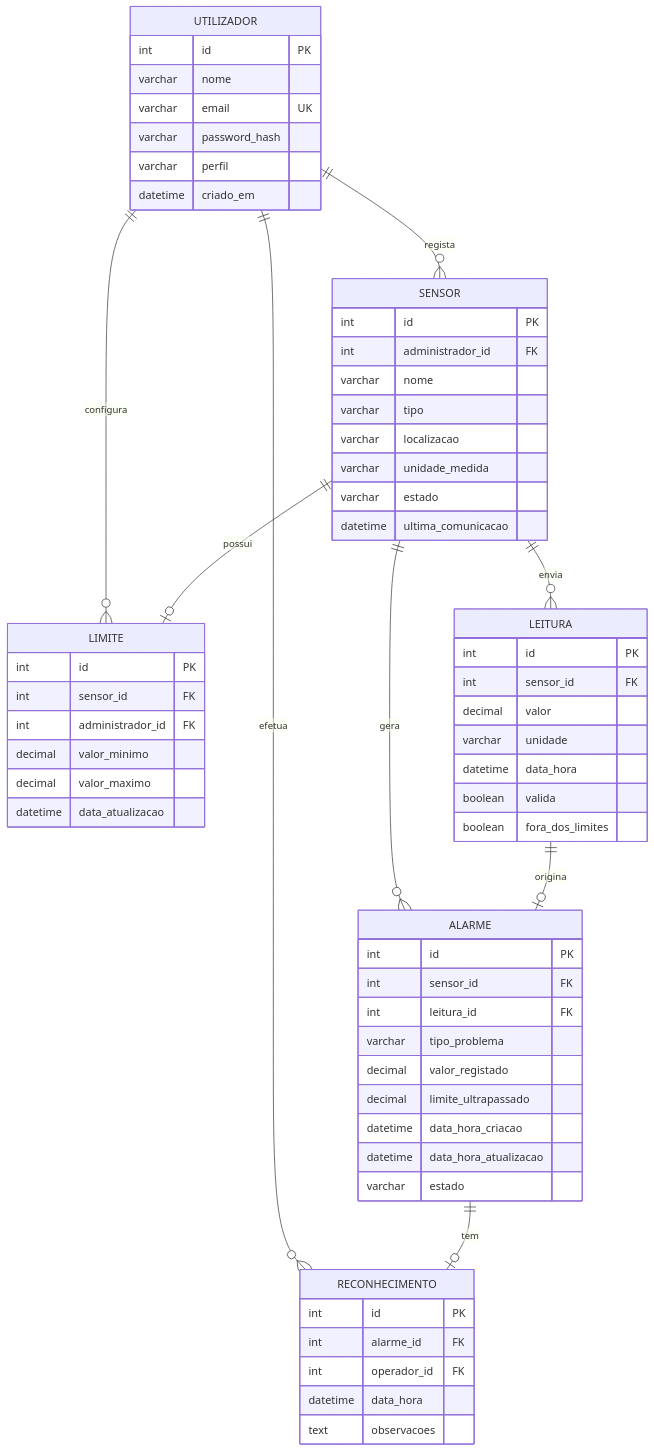
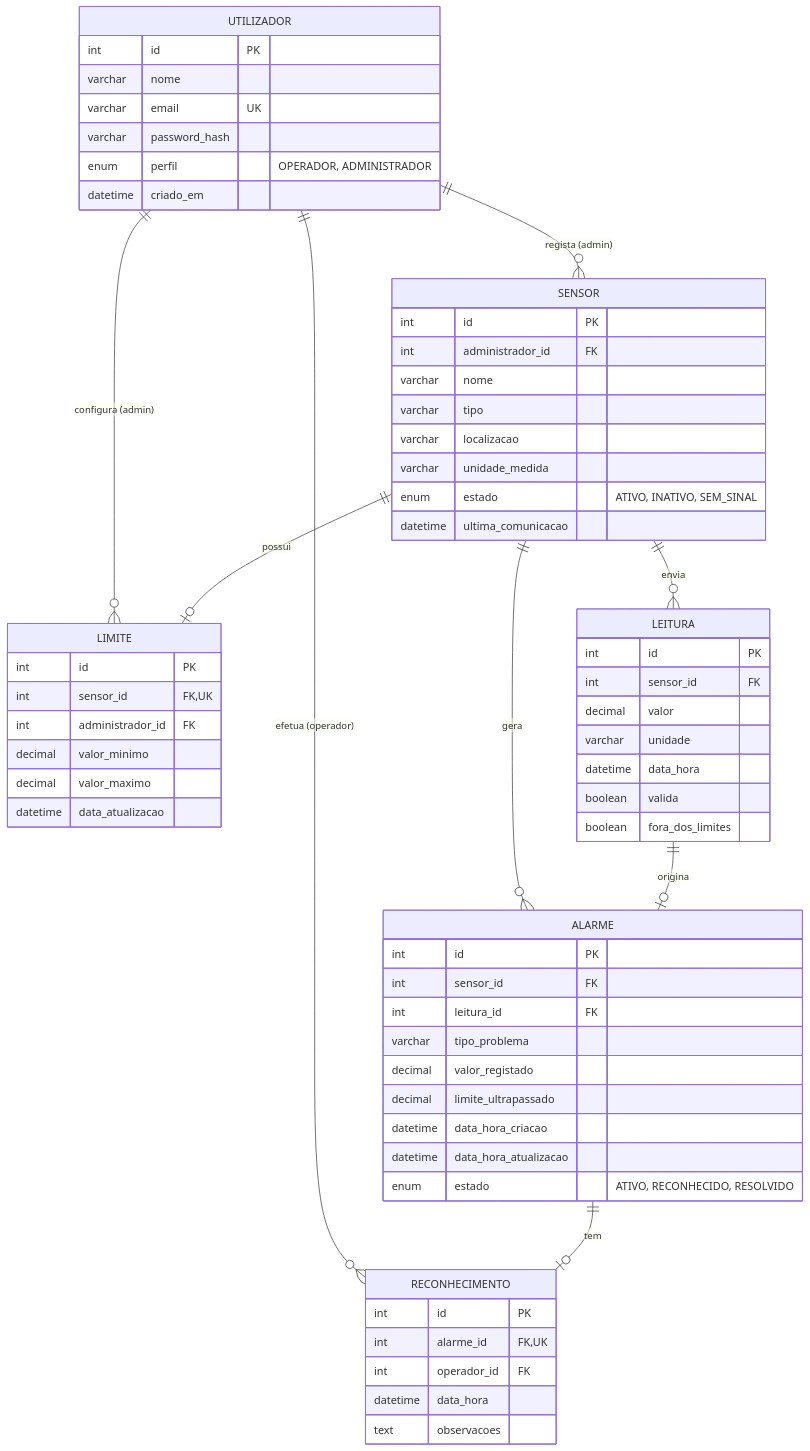
Before and after one commit to RuiAlmeida18/IESI2: the diagram in base de dados.md, drawn with Mermaid.

Commit message:
Refactor database schema with enums and constraints

````diff
--- a/base de dados.md
+++ b/base de dados.md
@@ -1,70 +1,70 @@
 ```mermaid
 erDiagram
     UTILIZADOR {
         int id PK
         varchar nome
         varchar email UK
         varchar password_hash
-        varchar perfil
+        enum perfil "OPERADOR, ADMINISTRADOR"
         datetime criado_em
     }
 
     SENSOR {
         int id PK
         int administrador_id FK
         varchar nome
         varchar tipo
         varchar localizacao
         varchar unidade_medida
-        varchar estado
+        enum estado "ATIVO, INATIVO, SEM_SINAL"
         datetime ultima_comunicacao
     }
 
     LIMITE {
         int id PK
-        int sensor_id FK
+        int sensor_id FK, UK
         int administrador_id FK
         decimal valor_minimo
         decimal valor_maximo
         datetime data_atualizacao
     }
 
     LEITURA {
         int id PK
         int sensor_id FK
         decimal valor
         varchar unidade
         datetime data_hora
         boolean valida
         boolean fora_dos_limites
     }
 
     ALARME {
         int id PK
         int sensor_id FK
         int leitura_id FK
         varchar tipo_problema
         decimal valor_registado
         decimal limite_ultrapassado
         datetime data_hora_criacao
         datetime data_hora_atualizacao
-        varchar estado
+        enum estado "ATIVO, RECONHECIDO, RESOLVIDO"
     }
 
     RECONHECIMENTO {
         int id PK
-        int alarme_id FK
+        int alarme_id FK, UK
         int operador_id FK
         datetime data_hora
         text observacoes
     }
 
-    UTILIZADOR ||--o{ SENSOR : "regista"
-    UTILIZADOR ||--o{ LIMITE : "configura"
-    UTILIZADOR ||--o{ RECONHECIMENTO : "efetua"
+    UTILIZADOR ||--o{ SENSOR : "regista (admin)"
+    UTILIZADOR ||--o{ LIMITE : "configura (admin)"
+    UTILIZADOR ||--o{ RECONHECIMENTO : "efetua (operador)"
     SENSOR ||--o| LIMITE : "possui"
     SENSOR ||--o{ LEITURA : "envia"
     SENSOR ||--o{ ALARME : "gera"
     LEITURA ||--o| ALARME : "origina"
     ALARME ||--o| RECONHECIMENTO : "tem"
 ```
````
